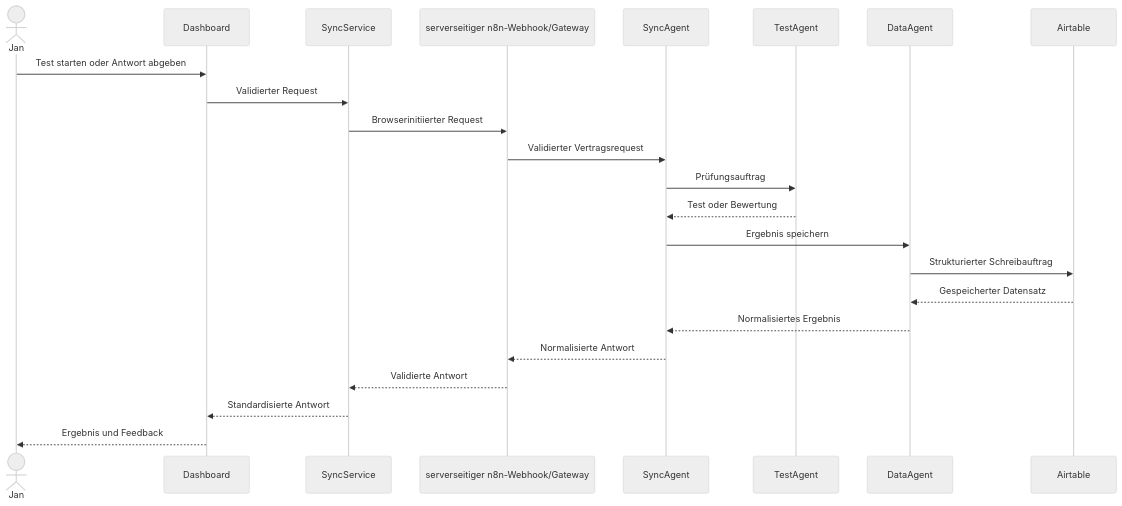
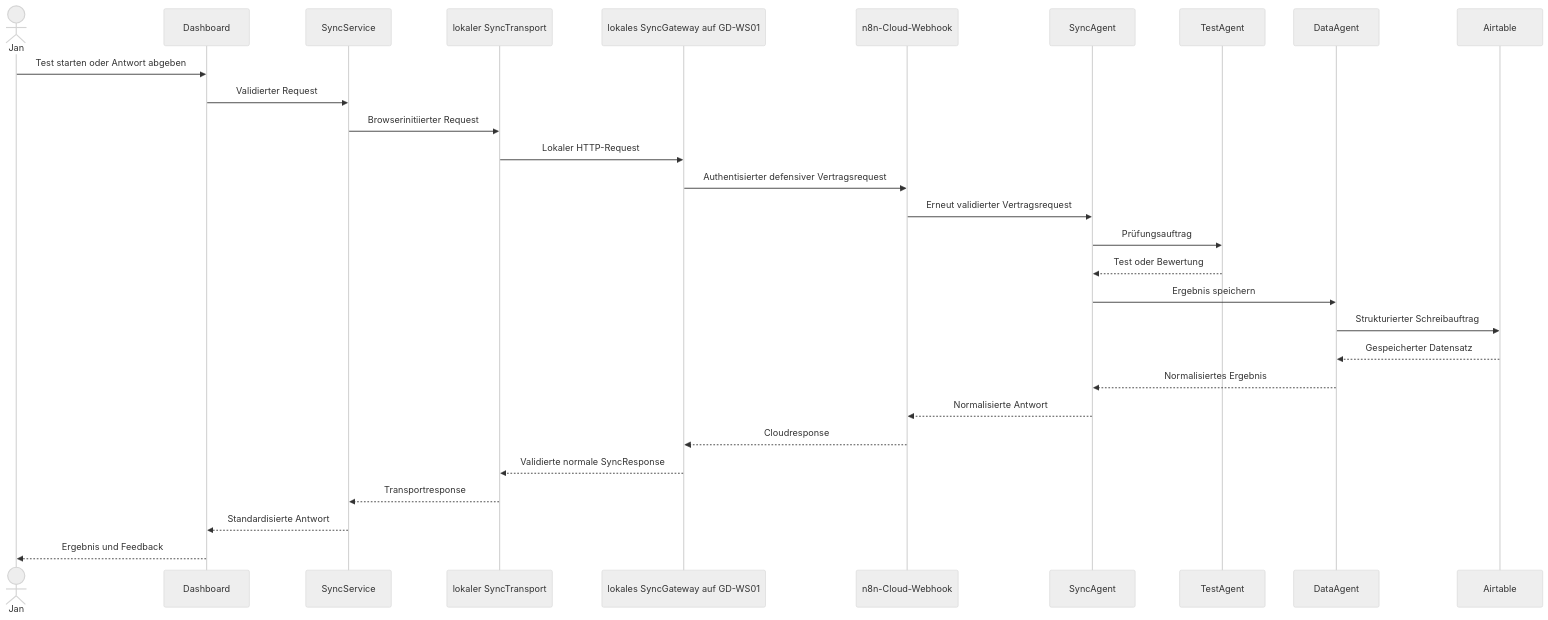
Before and after one commit to Varudan/goldendawn-os: the second of 2 diagrams in docs/architecture.md, drawn with Mermaid (neutral theme). The commit also changed other lines of this file and 8 other files, not shown here.

Commit message:
docs: decide local sync gateway before n8n cloud (#48)

````diff
--- a/docs/architecture.md
+++ b/docs/architecture.md
@@ -1335,26 +1445,32 @@
 ```mermaid
 sequenceDiagram
     actor User as Jan
     participant UI as Dashboard
     participant Service as SyncService
-    participant Gateway as serverseitiger n8n-Webhook/Gateway
+    participant Transport as lokaler SyncTransport
+    participant Gateway as lokales SyncGateway auf GD-WS01
+    participant Cloud as n8n-Cloud-Webhook
     participant Sync as SyncAgent
     participant Test as TestAgent
     participant Data as DataAgent
     participant DB as Airtable
 
     User->>UI: Test starten oder Antwort abgeben
     UI->>Service: Validierter Request
-    Service->>Gateway: Browserinitiierter Request
-    Gateway->>Sync: Validierter Vertragsrequest
+    Service->>Transport: Browserinitiierter Request
+    Transport->>Gateway: Lokaler HTTP-Request
+    Gateway->>Cloud: Authentisierter defensiver Vertragsrequest
+    Cloud->>Sync: Erneut validierter Vertragsrequest
     Sync->>Test: Prüfungsauftrag
     Test-->>Sync: Test oder Bewertung
     Sync->>Data: Ergebnis speichern
     Data->>DB: Strukturierter Schreibauftrag
     DB-->>Data: Gespeicherter Datensatz
     Data-->>Sync: Normalisiertes Ergebnis
-    Sync-->>Gateway: Normalisierte Antwort
-    Gateway-->>Service: Validierte Antwort
+    Sync-->>Cloud: Normalisierte Antwort
+    Cloud-->>Gateway: Cloudresponse
+    Gateway-->>Transport: Validierte normale SyncResponse
+    Transport-->>Service: Transportresponse
     Service-->>UI: Standardisierte Antwort
     UI-->>User: Ergebnis und Feedback
 ```
````
